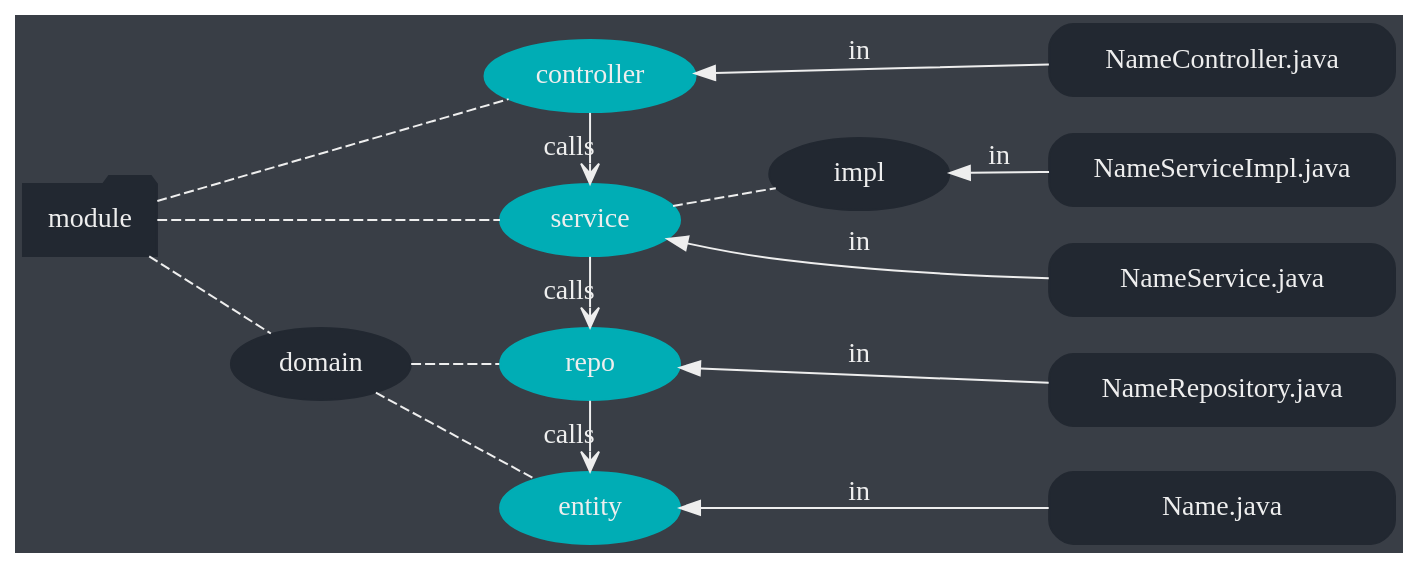
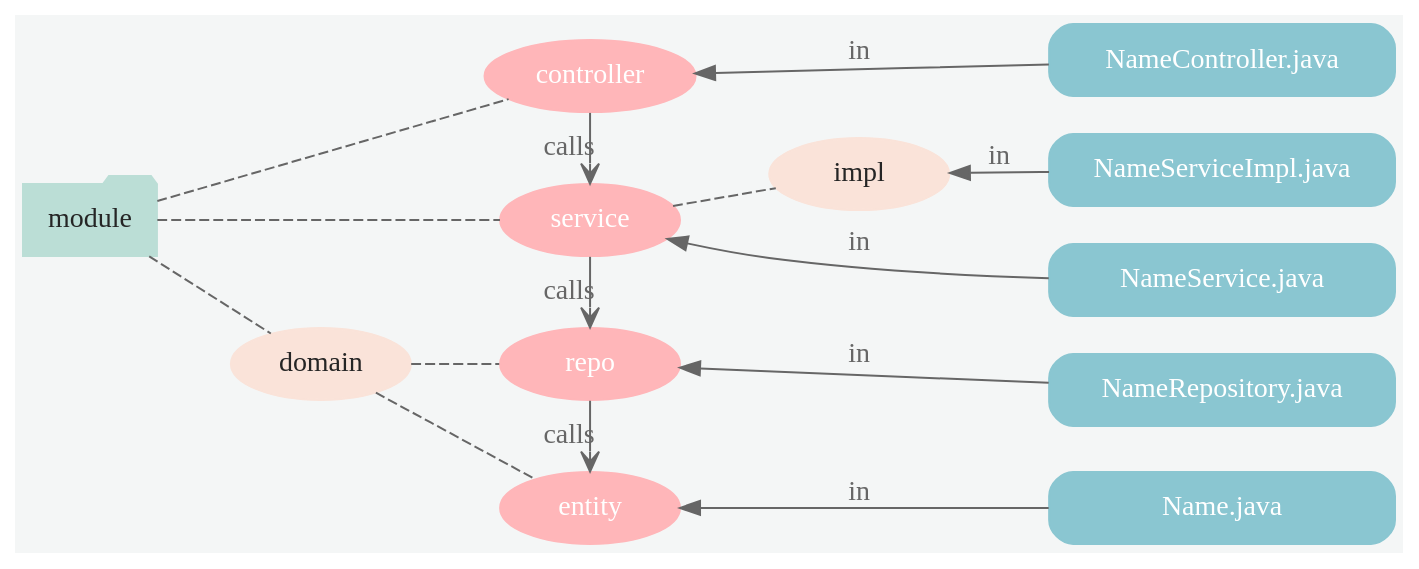
The diagram in static/image/2019/07/spring-mvc-module.dot (Jeanhwea/jeanhwea.github.io), drawn with Graphviz before and after one commit. The commit also changed 1 other file, not shown here.

```diff
--- a/static/image/2019/07/spring-mvc-module.dot
+++ b/static/image/2019/07/spring-mvc-module.dot
@@ -1,47 +1,47 @@
 digraph G {
   rankdir="LR";
-  bgcolor="#393e46";
+  bgcolor="#f4f6f6";
 
-  node[shape=folder, style=filled, color="#222831", fontcolor="#eeeeee", fontname="Helvetia"];
+  node[shape=folder, style=filled, color="#bbded6", fontcolor="#252525", fontname="Helvetia"];
   module;
 
-  node[shape=ellipse, style=filled, color="#00adb5", width=1.25];
+  node[shape=ellipse, style=filled, color="#ffb6b9", fontcolor="#ffffff", width=1.25];
   service;
   controller;
   repository[label="repo"];
   entity;
 
-  node[shape=ellipse, style=filled, color="#222831"];
+  node[shape=ellipse, style=filled, color="#fae3d9", fontcolor="#252525"];
   domain;
   service_impl[label="impl"];
 
-  edge[style=dashed, color="#eeeeee", fontcolor="#eeeeee", arrowhead="none"];
+  edge[style=dashed, color="#666666", fontcolor="#666666", arrowhead="none"];
   module -> {domain, service, controller};
   domain -> {entity, repository};
   service -> service_impl;
 
-  node[shape=Mrecord, style=filled, width=2.4];
+  node[shape=Mrecord, style=filled, color="#8ac6d1", fontcolor="#ffffff", width=2.4];
   {
     rank="same";
     Name[label="Name.java"];
     NameRepository[label="NameRepository.java"];
     NameService[label="NameService.java"];
     NameServiceImpl[label="NameServiceImpl.java"];
     NameController[label="NameController.java"];
   }
 
   edge[shape=dot, style=solid, label="in", dir="back", arrowtail="normal"];
   {
     entity -> Name;
     repository -> NameRepository;
     service -> NameService;
     service_impl -> NameServiceImpl;
     controller -> NameController;
   }
 
   edge[style=solid, dir=forward, arrowhead="vee", label="calls"];
   {
     rank="same";
     controller -> service -> repository -> entity;
   }
 }
```
